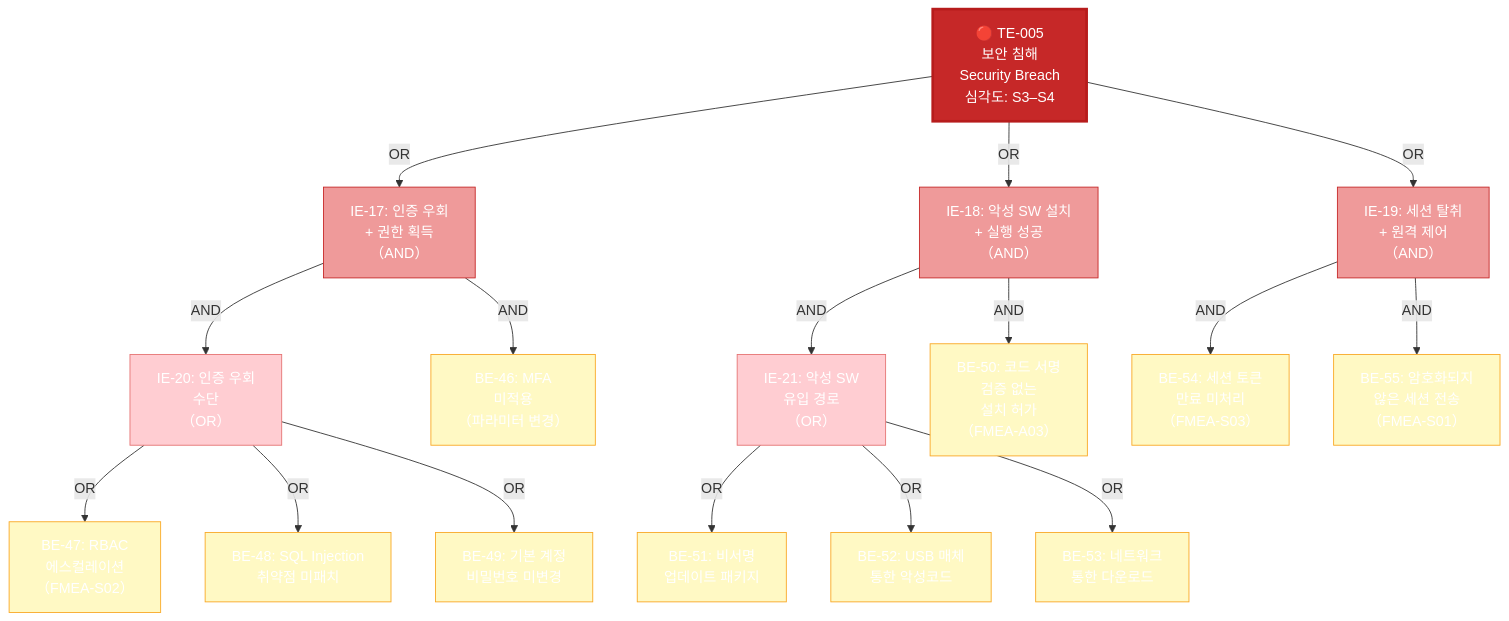
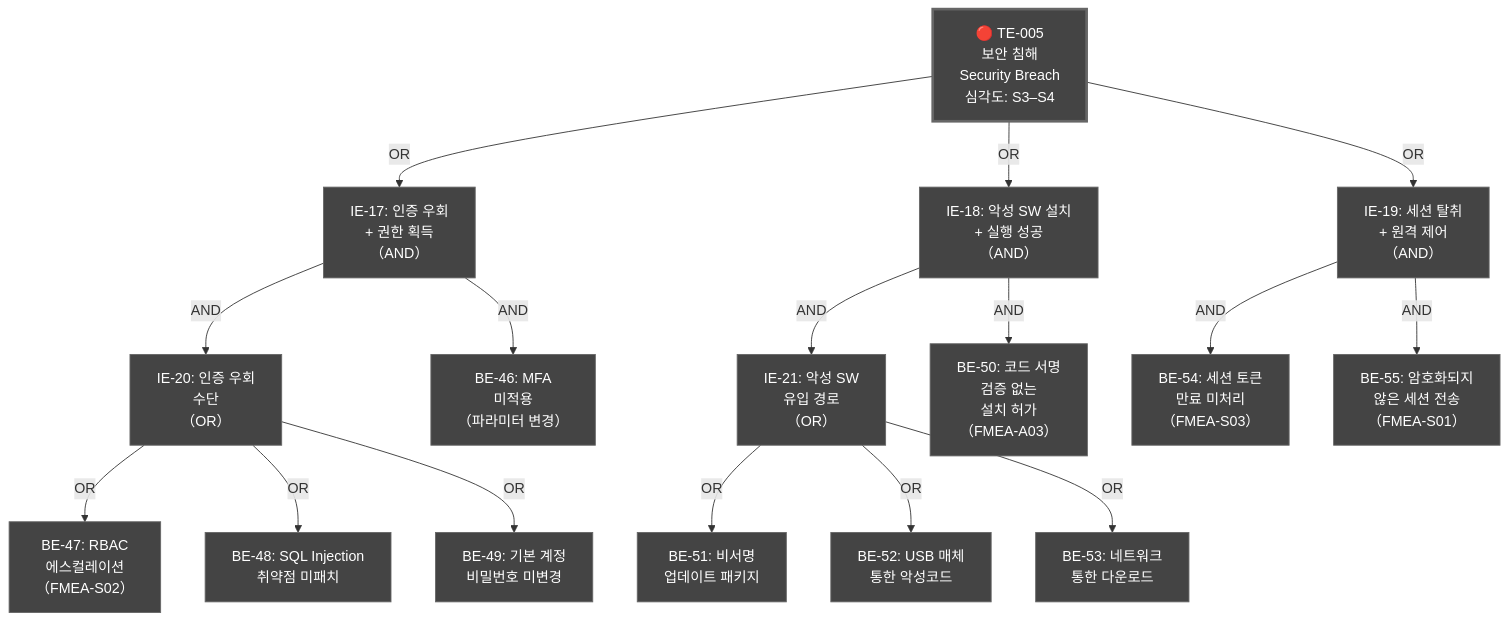
The seventh of 11 diagrams in docs/risk/DOC-009_FMEA_v1.0.md (holee9/console-gui), drawn with Mermaid before and after one commit. The commit also changed other lines of this file and 35 other files, not shown here.

First line of the commit message:
fix: 전체 Mermaid 차트 색상 진한 회색 통일

````diff
--- a/docs/risk/DOC-009_FMEA_v1.0.md
+++ b/docs/risk/DOC-009_FMEA_v1.0.md
@@ -603,49 +603,49 @@
 ```mermaid
 graph TD
     classDef default fill:#444,stroke:#666,color:#fff
     TE5["🔴 TE-005\n보안 침해\nSecurity Breach\n심각도: S3–S4"]
 
     TE5 -- OR --> IE17
     TE5 -- OR --> IE18
     TE5 -- OR --> IE19
 
     IE17["IE-17: 인증 우회\n+ 권한 획득\n（AND）"]
     IE18["IE-18: 악성 SW 설치\n+ 실행 성공\n（AND）"]
     IE19["IE-19: 세션 탈취\n+ 원격 제어\n（AND）"]
 
     IE17 -- AND --> IE20
     IE17 -- AND --> BE46["BE-46: MFA\n미적용\n（파라미터 변경）"]
 
     IE20["IE-20: 인증 우회\n수단\n（OR）"]
     IE20 -- OR --> BE47["BE-47: RBAC\n에스컬레이션\n（FMEA-S02）"]
     IE20 -- OR --> BE48["BE-48: SQL Injection\n취약점 미패치"]
     IE20 -- OR --> BE49["BE-49: 기본 계정\n비밀번호 미변경"]
 
     IE18 -- AND --> IE21
     IE18 -- AND --> BE50["BE-50: 코드 서명\n검증 없는\n설치 허가\n（FMEA-A03）"]
 
     IE21["IE-21: 악성 SW\n유입 경로\n（OR）"]
     IE21 -- OR --> BE51["BE-51: 비서명\n업데이트 패키지"]
     IE21 -- OR --> BE52["BE-52: USB 매체\n통한 악성코드"]
     IE21 -- OR --> BE53["BE-53: 네트워크\n통한 다운로드"]
 
     IE19 -- AND --> BE54["BE-54: 세션 토큰\n만료 미처리\n（FMEA-S03）"]
     IE19 -- AND --> BE55["BE-55: 암호화되지\n않은 세션 전송\n（FMEA-S01）"]
 
-    style TE5 fill:#c62828,color:#ffffff,stroke:#b71c1c,stroke-width:3px
-    style IE17 fill:#ef9a9a,stroke:#c62828
-    style IE18 fill:#ef9a9a,stroke:#c62828
-    style IE19 fill:#ef9a9a,stroke:#c62828
-    style IE20 fill:#ffcdd2,stroke:#e57373
-    style IE21 fill:#ffcdd2,stroke:#e57373
-    style BE46 fill:#fff9c4,stroke:#f9a825
-    style BE47 fill:#fff9c4,stroke:#f9a825
-    style BE48 fill:#fff9c4,stroke:#f9a825
-    style BE49 fill:#fff9c4,stroke:#f9a825
-    style BE50 fill:#fff9c4,stroke:#f9a825
-    style BE51 fill:#fff9c4,stroke:#f9a825
-    style BE52 fill:#fff9c4,stroke:#f9a825
-    style BE53 fill:#fff9c4,stroke:#f9a825
-    style BE54 fill:#fff9c4,stroke:#f9a825
-    style BE55 fill:#fff9c4,stroke:#f9a825
+    style TE5 fill:#444,color:#fff,stroke:#666,stroke-width:3px
+    style IE17 fill:#444,stroke:#666
+    style IE18 fill:#444,stroke:#666
+    style IE19 fill:#444,stroke:#666
+    style IE20 fill:#444,stroke:#666
+    style IE21 fill:#444,stroke:#666
+    style BE46 fill:#444,stroke:#666
+    style BE47 fill:#444,stroke:#666
+    style BE48 fill:#444,stroke:#666
+    style BE49 fill:#444,stroke:#666
+    style BE50 fill:#444,stroke:#666
+    style BE51 fill:#444,stroke:#666
+    style BE52 fill:#444,stroke:#666
+    style BE53 fill:#444,stroke:#666
+    style BE54 fill:#444,stroke:#666
+    style BE55 fill:#444,stroke:#666
 ```
````
